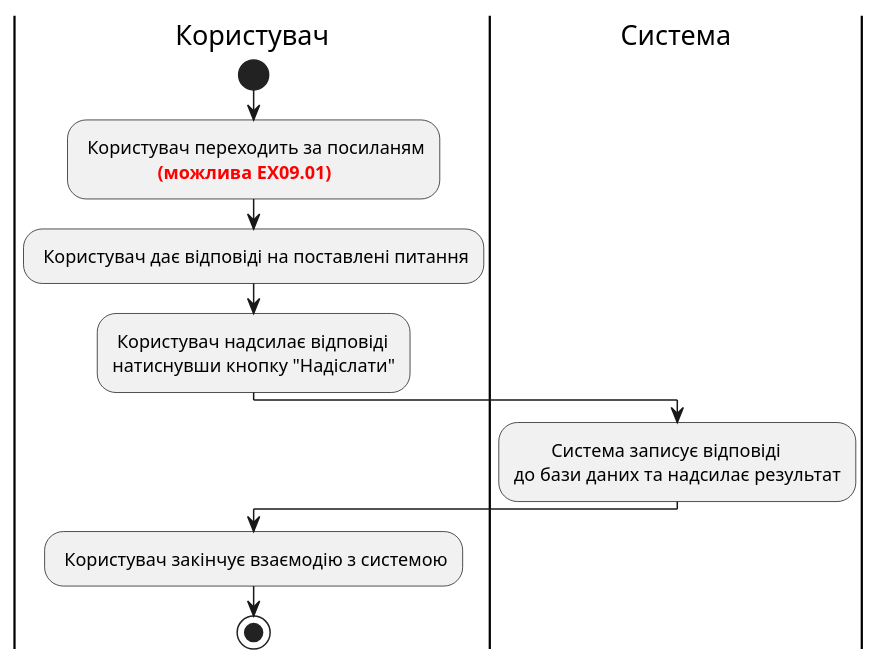
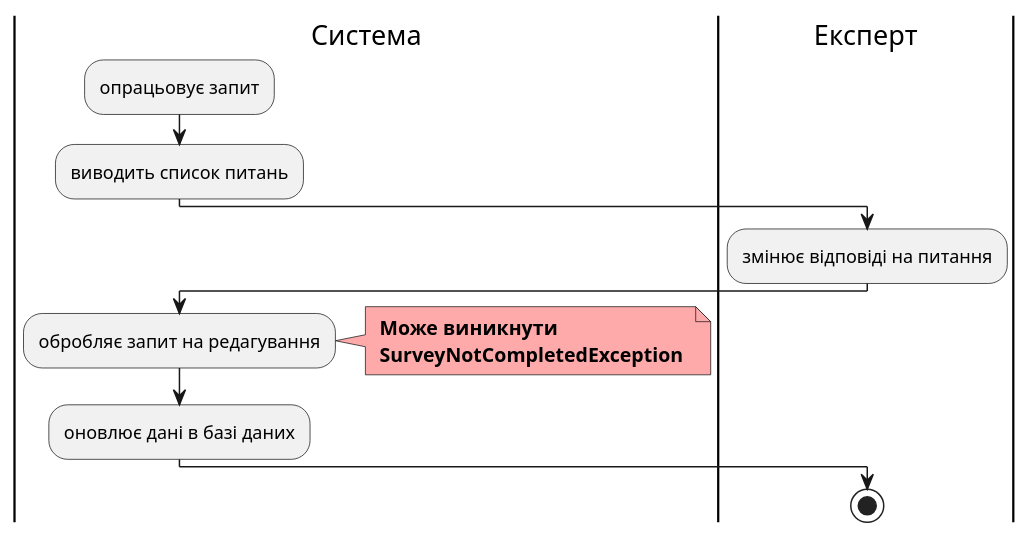
Before and after one commit to xivihwa/edu-db-cw-group1_violetta: diagram 12 of 15 in docs/use cases/README.md, drawn with PlantUML. The commit also changed other lines of this file, not shown here.

```diff
--- a/docs/use cases/README.md
+++ b/docs/use cases/README.md
@@ -376,15 +458,21 @@
 @startuml
 
-|Користувач|
-start;
-: Користувач переходить за посиланям\n\t\t<font color="red"><b>(можлива ЕХ09.01);
-: Користувач дає відповіді на поставлені питання;
-: Користувач надсилає відповіді\nнатиснувши кнопку "Надіслати";
-|Система|
-: \tСистема записує відповіді\nдо бази даних та надсилає результат;
+    |Система|
+    :опрацьовує запит;
+    :виводить список питань;
 
-|Користувач|
-: Користувач закінчує взаємодію з системою;
-|Користувач|
-stop;
+    |Експерт|
+    :змінює відповіді на питання;
+
+    |Система| 
+    :обробляє запит на редагування; 
+    note right #ffaaaa 
+    <b> Може виникнути 
+    <b> SurveyNotCompletedException 
+    end note 
+    :оновлює дані в базі даних; 
+     
+    |Експерт| 
+    stop;
+
 @enduml
```
